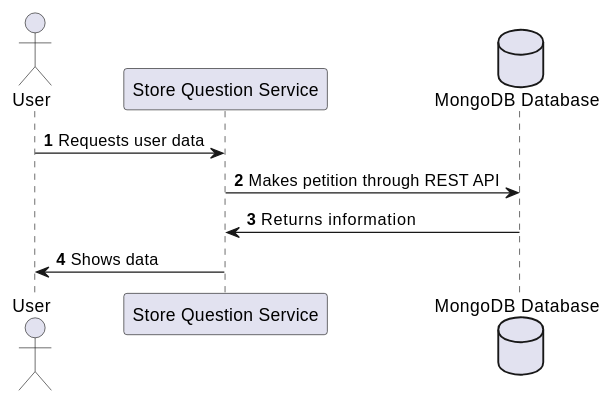
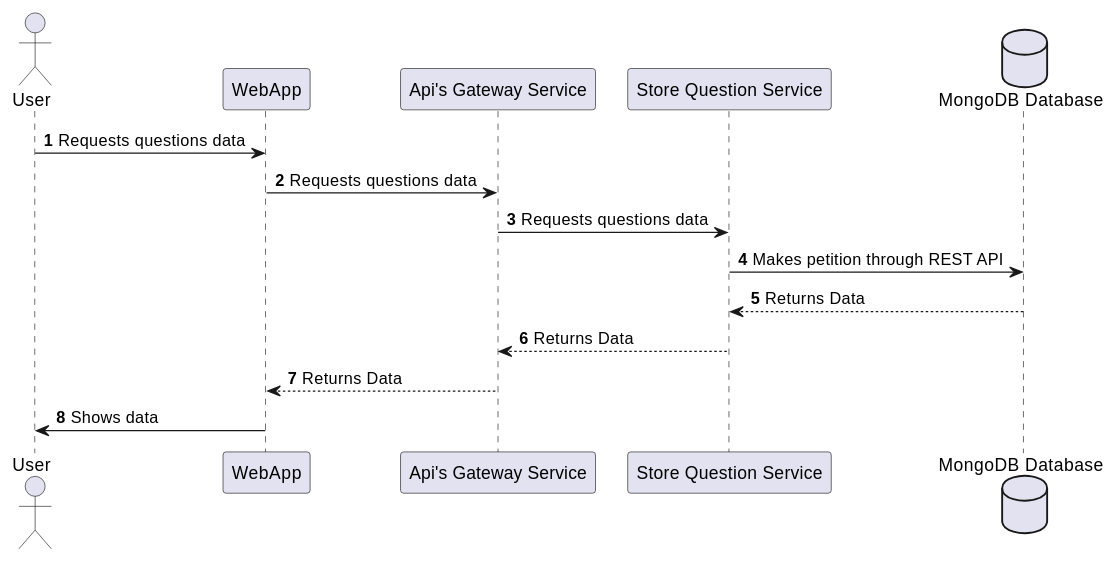
Before and after one commit to Arquisoft/wiq_es6c: the fourth of 4 diagrams in docs/src/06_runtime_view.adoc, drawn with PlantUML. The commit also changed other lines of this file, not shown here.

Commit message:
Fixed graphs

```diff
--- a/docs/src/06_runtime_view.adoc
+++ b/docs/src/06_runtime_view.adoc
@@ -100,14 +116,20 @@
 [plantuml,"Consult questions",png]
 ----
 autonumber
 
 actor "User" as user
 
-user -> "Store Question Service" : Requests user data
+user -> "WebApp" : Requests questions data
+"WebApp" -> "Api's Gateway Service" : Requests questions data
+"Api's Gateway Service" -> "Store Question Service" : Requests questions data
 
 database "MongoDB Database" as db
 
 "Store Question Service" -> db : Makes petition through REST API
-db -> "Store Question Service" : Returns information
-"Store Question Service" -> user : Shows data
+
+db --> "Store Question Service" : Returns Data
+"Api's Gateway Service" <-- "Store Question Service" : Returns Data
+"WebApp" <-- "Api's Gateway Service" : Returns Data
+"WebApp" -> user : Shows data
+
 ----
```
